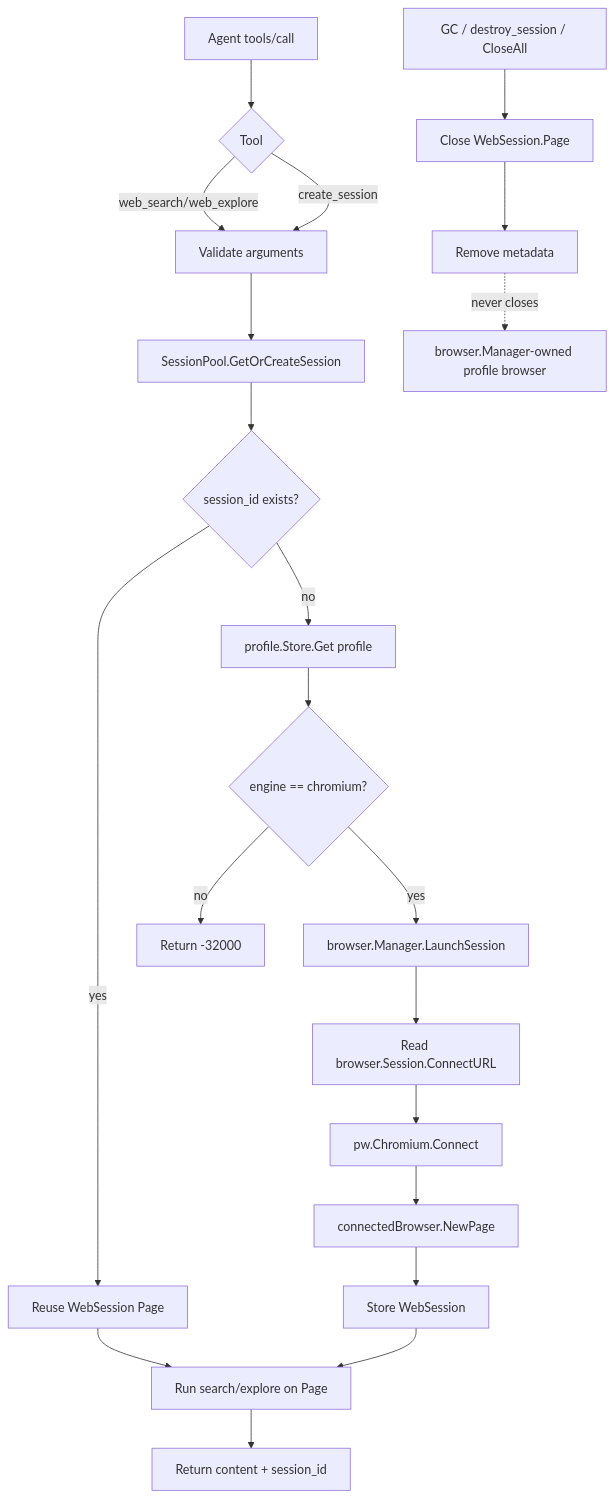
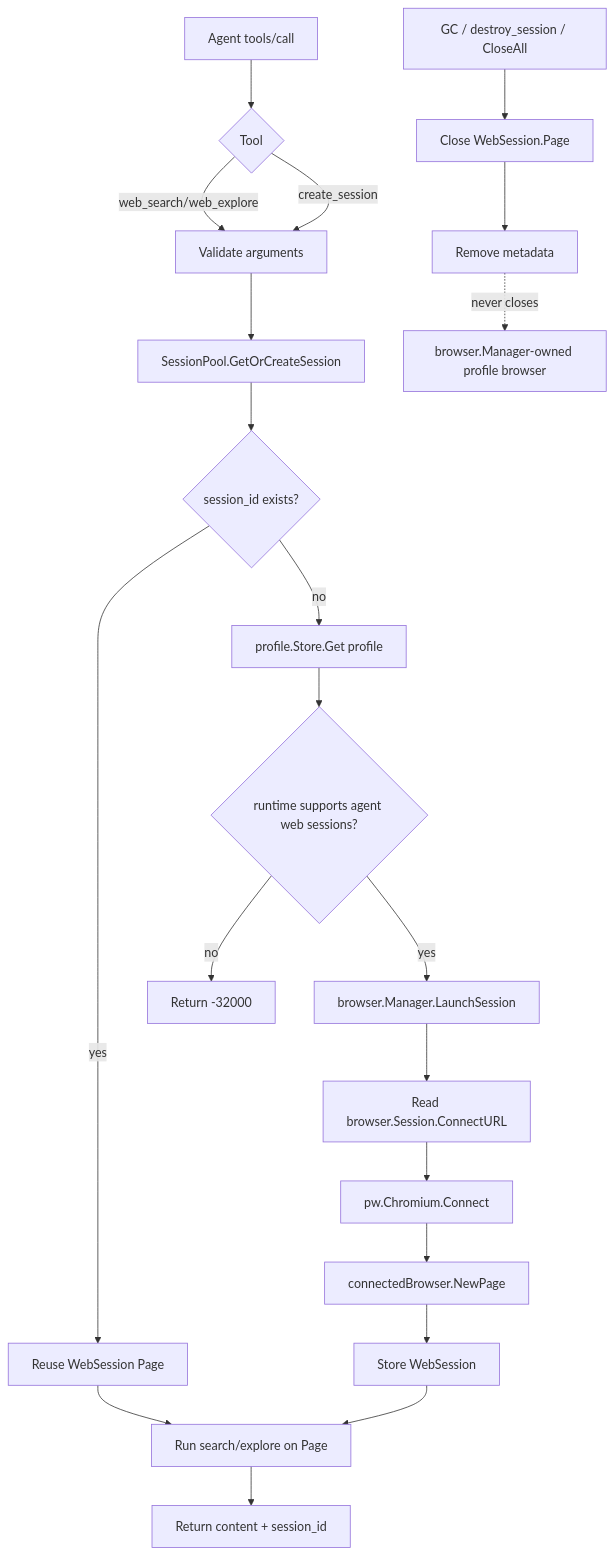
Before and after one commit to davidwilsonbest89-afk/forgelocal-public-sanitized: the diagram in docs/session-arch-design.md, drawn with Mermaid. The commit also changed other lines of this file and 51 other files, not shown here.

````diff
--- a/docs/session-arch-design.md
+++ b/docs/session-arch-design.md
@@ -125,24 +125,24 @@
 ```mermaid
 flowchart TD
   A[Agent tools/call] --> B{Tool}
   B -->|web_search/web_explore| C[Validate arguments]
   B -->|create_session| C
   C --> D[SessionPool.GetOrCreateSession]
   D --> E{session_id exists?}
   E -->|yes| F[Reuse WebSession Page]
   E -->|no| G[profile.Store.Get profile]
-  G --> H{engine == chromium?}
+  G --> H{runtime supports agent web sessions?}
   H -->|no| X[Return -32000]
   H -->|yes| I[browser.Manager.LaunchSession]
   I --> J[Read browser.Session.ConnectURL]
   J --> K[pw.Chromium.Connect]
   K --> L[connectedBrowser.NewPage]
   L --> M[Store WebSession]
   F --> N[Run search/explore on Page]
   M --> N
   N --> O[Return content + session_id]
 
   P[GC / destroy_session / CloseAll] --> Q[Close WebSession.Page]
   Q --> R[Remove metadata]
   R -. never closes .-> S[browser.Manager-owned profile browser]
 ```
````
